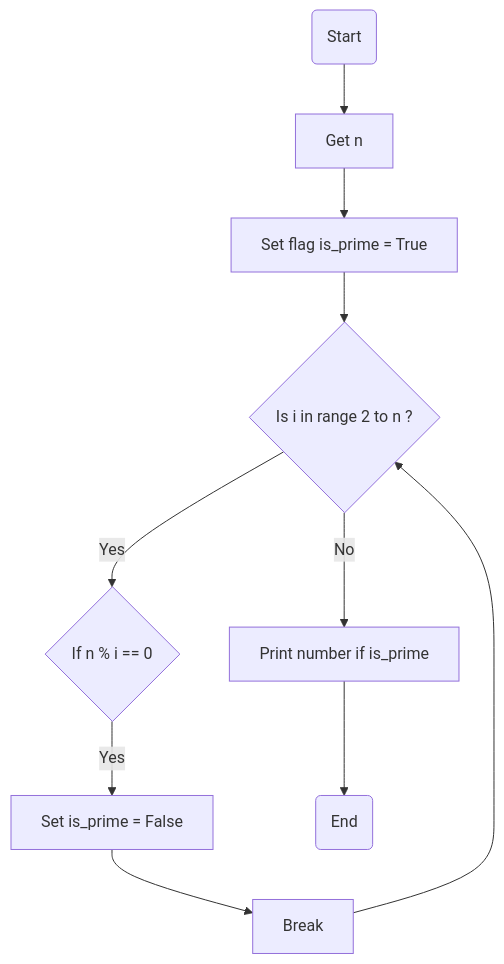
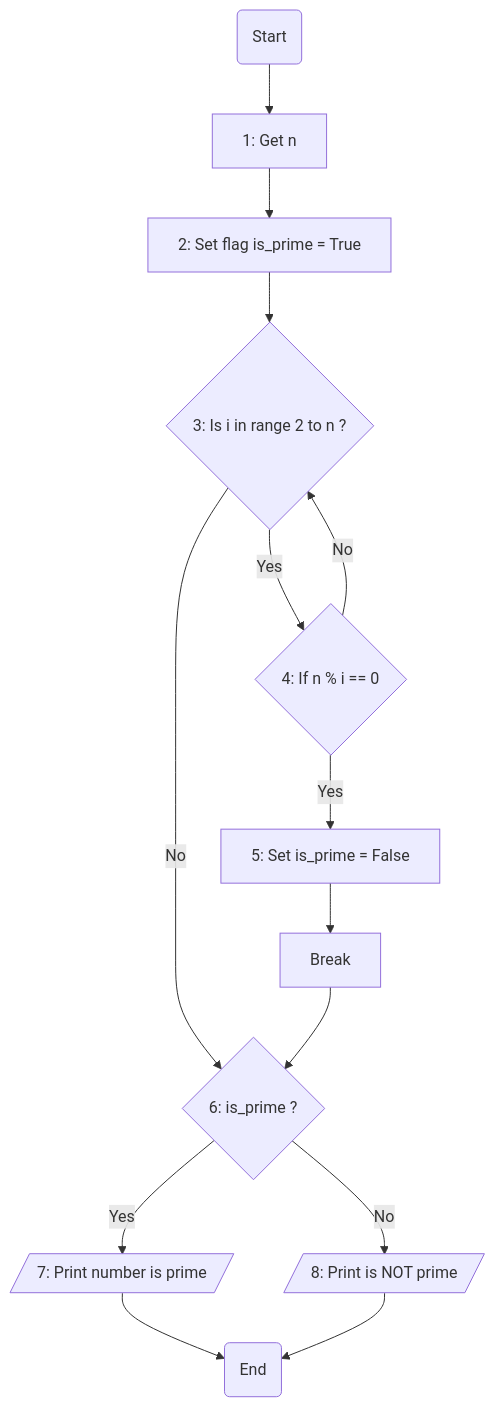
The diagram in helps/exercise-3-2.md (hayyaun/kids), drawn with Mermaid before and after one commit. The commit also changed other lines of this file and 1 other file, not shown here.

````diff
--- a/helps/exercise-3-2.md
+++ b/helps/exercise-3-2.md
@@ -40,12 +40,19 @@
 ```mermaid
 flowchart TD
-    A(Start) --> E[Get n]
-    E --> F[Set flag is_prime = True]
-    F --> G{Is i in range 2 to n ?}
-    G -- No --> I[Print number if is_prime]
-    G -- Yes --> H{If n % i == 0}
-    H -- Yes --> J[Set is_prime = False]
+    A(Start) --> E[1: Get n]
+    E --> F[2: Set flag is_prime = True]
+    F --> G{3: Is i in range 2 to n ?}
+    G -- Yes --> H{4: If n % i == 0}
+    H -- No --> G
+    H -- Yes --> J[5: Set is_prime = False]
     J --> B[Break]
-    B --> G
-    I --> Z(End)
+    G -- No --> I{6: is_prime ?}
+    I -- Yes --> X[7: Print number is prime]
+    I -- No --> Y[8: Print is NOT prime]
+    B --> I
+    X --> Z(End)
+    Y --> Z(End)
+
+    X@{ shape: in-out}
+    Y@{ shape: in-out}
 ```
````
